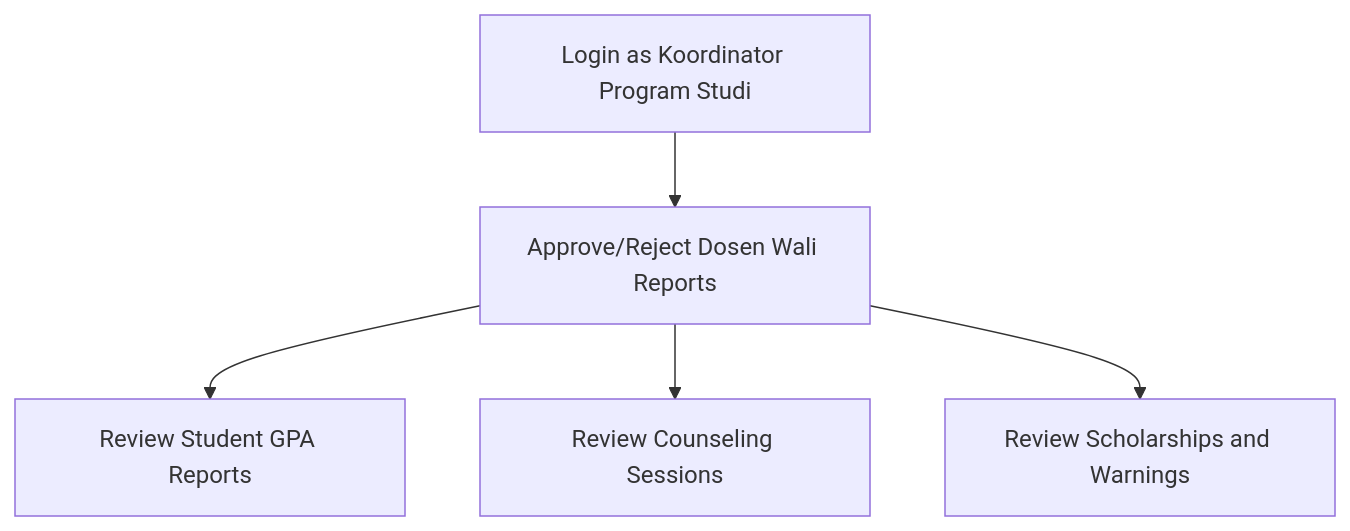
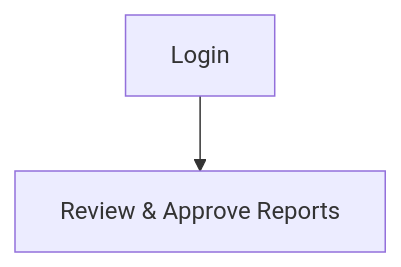
The third of 5 diagrams in README.md (Protic-PNC/jkb-sistem-dosen-wali), drawn with Mermaid before and after one commit. The commit also changed other lines of this file, not shown here.

````diff
--- a/README.md
+++ b/README.md
@@ -175,8 +101,4 @@
 ```mermaid
 graph TD;
-    %% Koordinator Program Studi (Program Coordinator) Flowchart
-    U[Login as Koordinator Program Studi] --> V[Approve/Reject Dosen Wali Reports]
-    V --> W[Review Student GPA Reports]
-    V --> X[Review Counseling Sessions]
-    V --> Y[Review Scholarships and Warnings]
+    U[Login] --> V[Review & Approve Reports]
 ```
````
